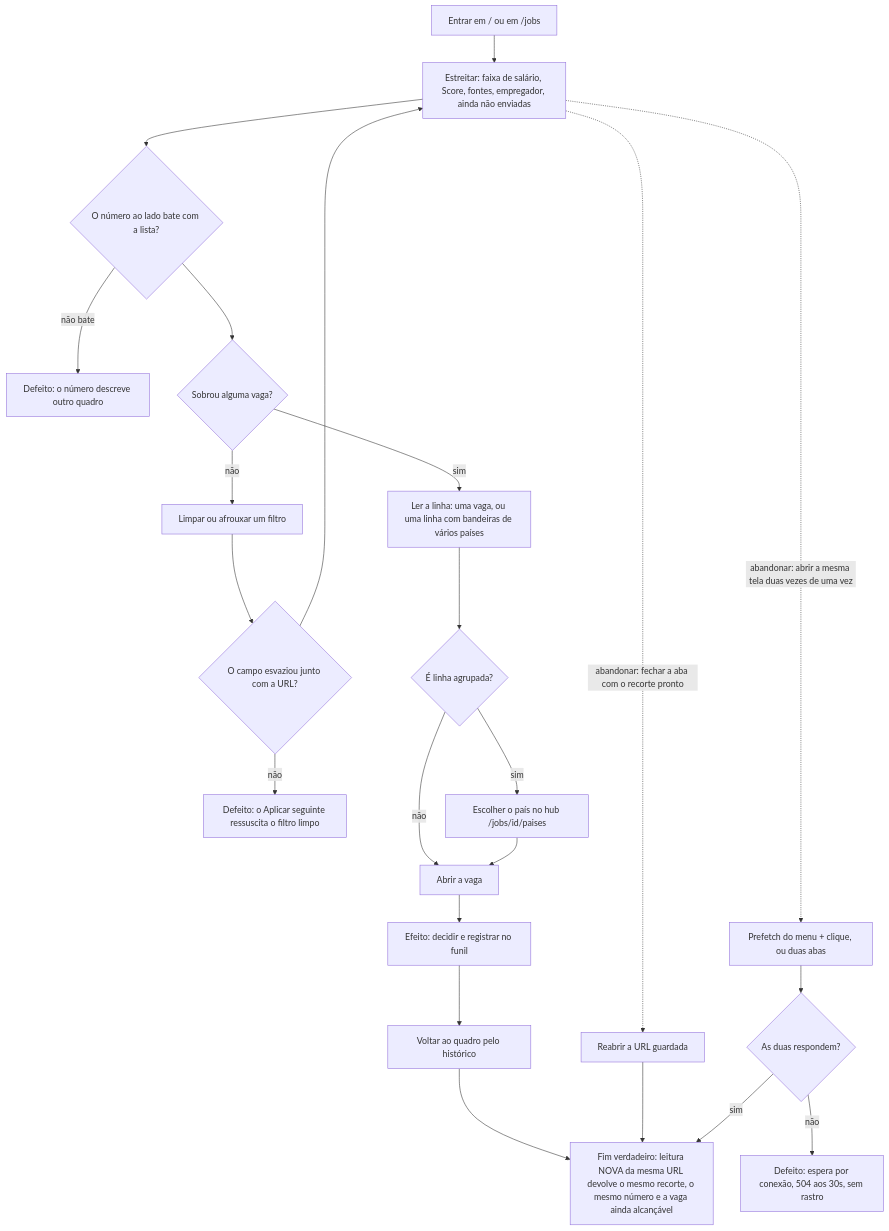
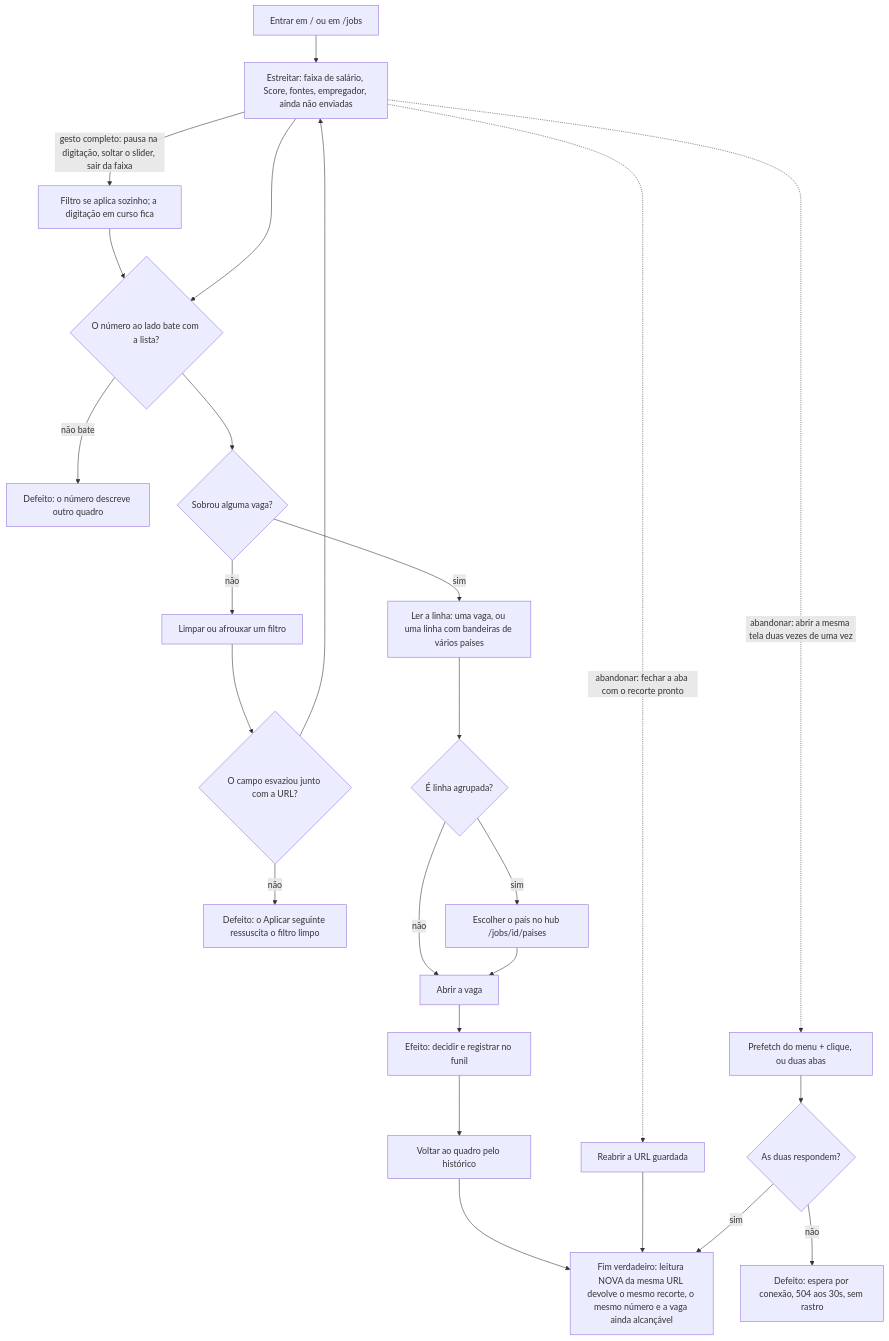
Before and after one commit to andreustimm/master-jobs: the diagram in docs/qa/journeys/J-trust-the-filtered-board.md, drawn with Mermaid. The commit also changed 12 other files, not shown here.

````diff
--- a/docs/qa/journeys/J-trust-the-filtered-board.md
+++ b/docs/qa/journeys/J-trust-the-filtered-board.md
@@ -3,25 +3,27 @@
 ```mermaid
 flowchart TD
     A[Entrar em / ou em /jobs] --> B[Estreitar: faixa de salário, Score, fontes, empregador, ainda não enviadas]
+    B -->|gesto completo: pausa na digitação, soltar o slider, sair da faixa| B1[Filtro se aplica sozinho; a digitação em curso fica]
+    B1 --> C
     B --> C{O número ao lado bate com a lista?}
     C -->|não bate| C1[Defeito: o número descreve outro quadro]
     C --> D{Sobrou alguma vaga?}
     D -->|não| E[Limpar ou afrouxar um filtro]
     E --> F{O campo esvaziou junto com a URL?}
     F -->|não| F1[Defeito: o Aplicar seguinte ressuscita o filtro limpo]
     F --> B
     D -->|sim| G[Ler a linha: uma vaga, ou uma linha com bandeiras de vários países]
     G --> H{É linha agrupada?}
     H -->|sim| I[Escolher o país no hub /jobs/id/paises]
     H -->|não| J[Abrir a vaga]
     I --> J
     J --> K[Efeito: decidir e registrar no funil]
     K --> L[Voltar ao quadro pelo histórico]
     L --> M[Fim verdadeiro: leitura NOVA da mesma URL devolve o mesmo recorte, o mesmo número e a vaga ainda alcançável]
     B -.->|abandonar: fechar a aba com o recorte pronto| N[Reabrir a URL guardada]
     N --> M
     B -.->|abandonar: abrir a mesma tela duas vezes de uma vez| O[Prefetch do menu + clique, ou duas abas]
     O --> P{As duas respondem?}
     P -->|não| P1[Defeito: espera por conexão, 504 aos 30s, sem rastro]
     P -->|sim| M
 ```
````
